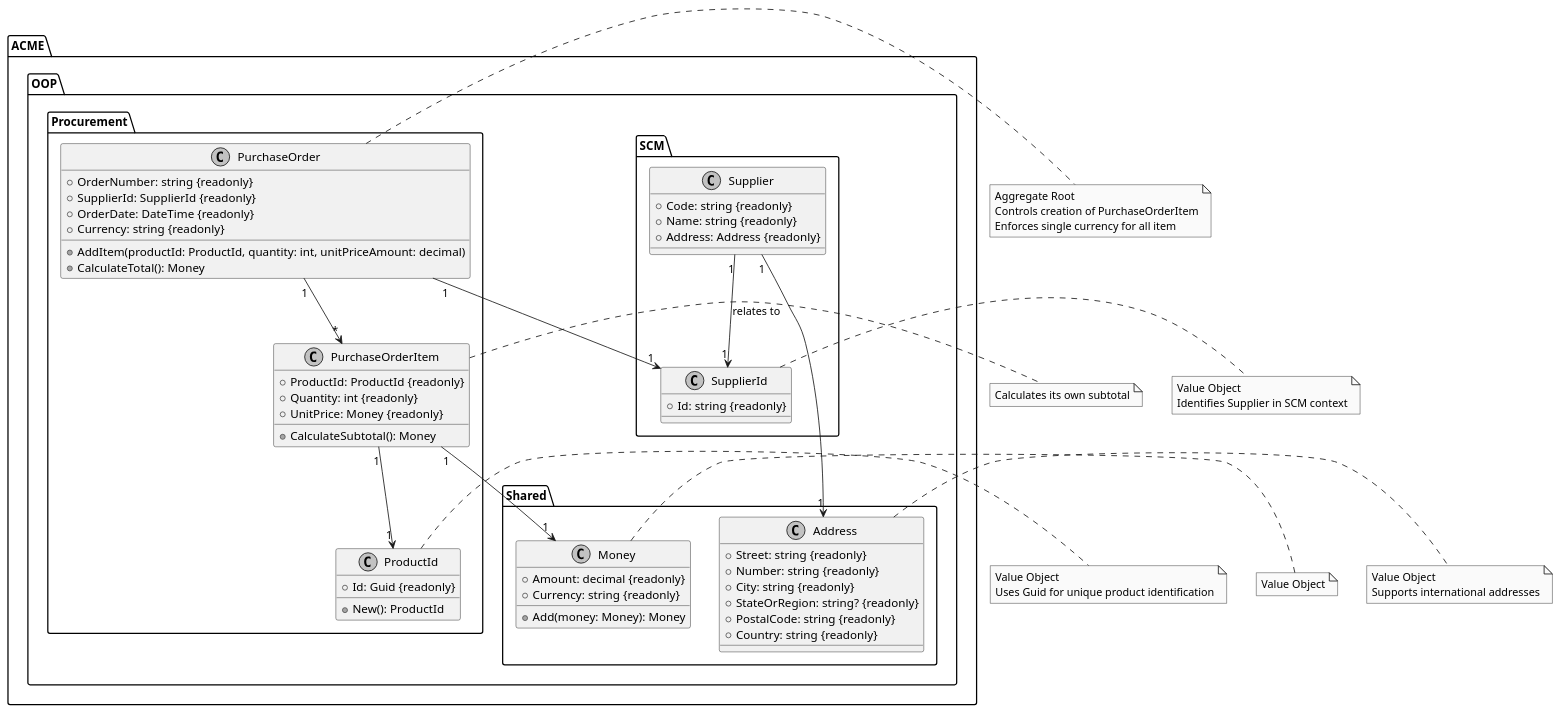
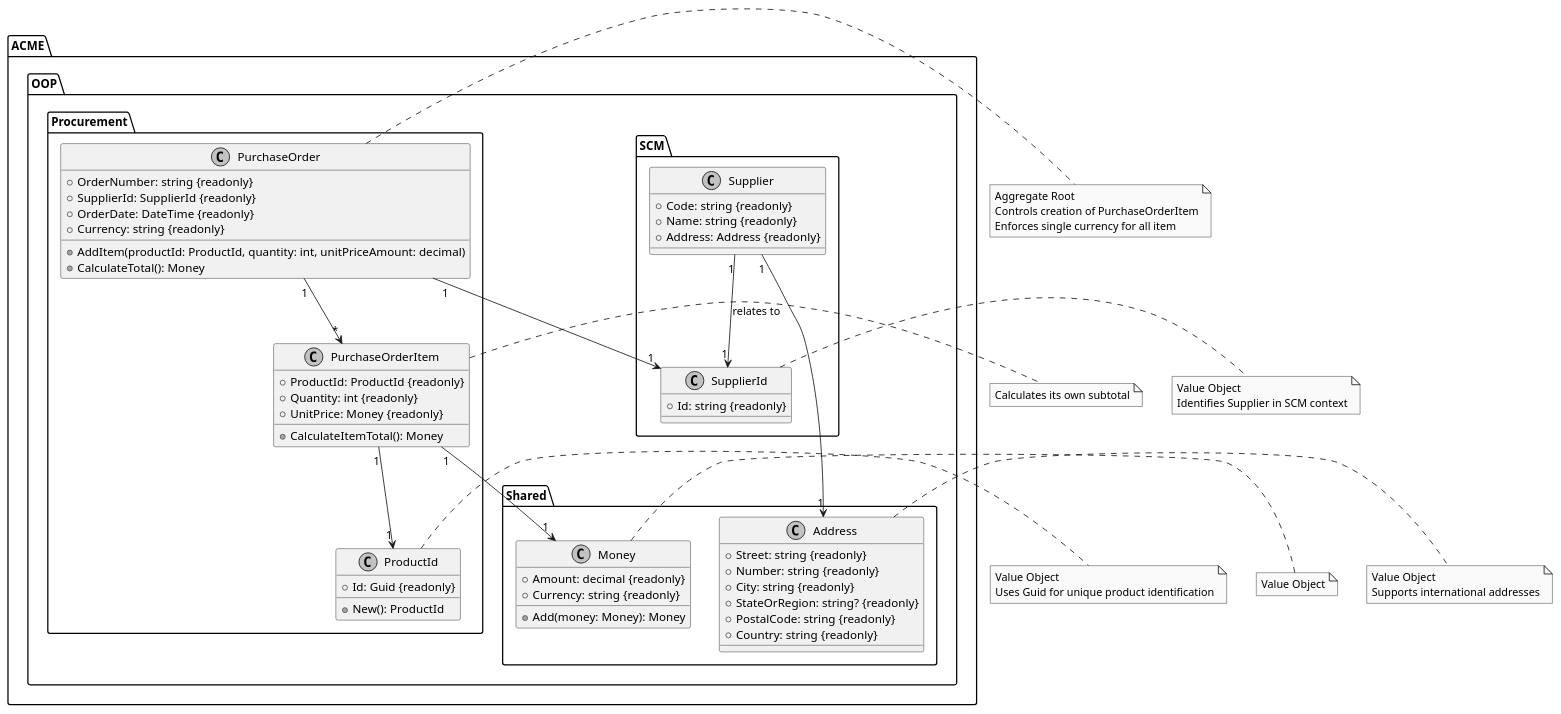
Before and after one commit to upc-pre-202620-1asi0730-8150/oop-sample: the diagram in docs/class-diagram.puml, drawn with PlantUML.

Commit message:
docs: update method reference in class diagram.

```diff
--- a/docs/class-diagram.puml
+++ b/docs/class-diagram.puml
@@ -1,94 +1,94 @@
 @startuml
 skinparam monochrome true
 
 package "ACME.OOP.SCM" {
   class "Supplier" as Supplier {
     +Code: string {readonly}
     +Name: string {readonly}
     +Address: Address {readonly}
   }
 
   class "SupplierId" as SupplierId {
     +Id: string {readonly}
   }
 
   Supplier "1" --> "1" SupplierId : relates to
 }
 
 package "ACME.OOP.Procurement" {
   class "PurchaseOrder" as PO {
     +OrderNumber: string {readonly}
     +SupplierId: SupplierId {readonly}
     +OrderDate: DateTime {readonly}
     +Currency: string {readonly}
     +AddItem(productId: ProductId, quantity: int, unitPriceAmount: decimal)
     +CalculateTotal(): Money
   }
 
   class "PurchaseOrderItem" as POItem {
     +ProductId: ProductId {readonly}
     +Quantity: int {readonly}
     +UnitPrice: Money {readonly}
-    +CalculateSubtotal(): Money
+    +CalculateItemTotal(): Money
   }
 
   class "ProductId" as ProductId {
     +Id: Guid {readonly}
     +New(): ProductId
   }
 
   PO "1" --> "1" SupplierId
   PO "1" --> "*" POItem
   POItem "1" --> "1" ProductId
 }
 
 package "ACME.OOP.Shared" {
   class "Money" as Money {
     +Amount: decimal {readonly}
     +Currency: string {readonly}
     +Add(money: Money): Money
   }
 
   class "Address" as Address {
     +Street: string {readonly}
     +Number: string {readonly}
     +City: string {readonly}
     +StateOrRegion: string? {readonly}
     +PostalCode: string {readonly}
     +Country: string {readonly}
   }
 
   POItem "1" --> "1" Money
   Supplier "1" --> "1" Address
 }
 
 note right of PO
   Aggregate Root
   Controls creation of PurchaseOrderItem
   Enforces single currency for all item
 end note
 
 note right of POItem
   Calculates its own subtotal
 end note
 
 note right of ProductId
   Value Object
   Uses Guid for unique product identification
 end note
 
 note right of SupplierId
   Value Object
   Identifies Supplier in SCM context
 end note
 
 note right of Money
   Value Object
 end note
 
 note right of Address
   Value Object
   Supports international addresses
 end note
 
 @enduml
```
